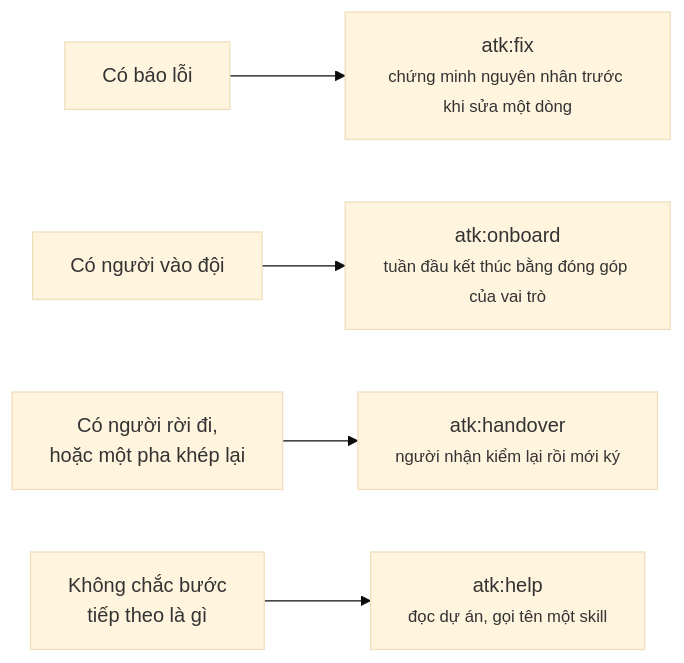
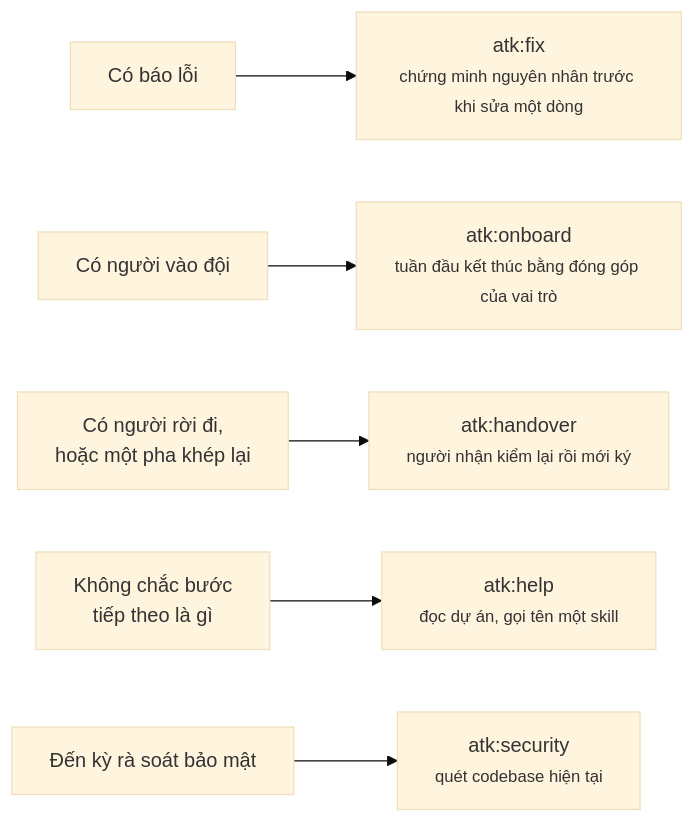
The third of 3 diagrams in docs/vi/flow/project-flow.md (lamngockhuong/aiteamkit), drawn with Mermaid (base theme) before and after one commit. The commit also changed other lines of this file and 24 other files, not shown here.

````diff
--- a/docs/vi/flow/project-flow.md
+++ b/docs/vi/flow/project-flow.md
@@ -176,7 +175,8 @@
 ```mermaid
 flowchart LR
     X1["Có báo lỗi"] --> X2["atk:fix<br/><small>chứng minh nguyên nhân trước khi sửa một dòng</small>"]
     X3["Có người vào đội"] --> X4["atk:onboard<br/><small>tuần đầu kết thúc bằng đóng góp của vai trò</small>"]
     X5["Có người rời đi,<br/>hoặc một pha khép lại"] --> X6["atk:handover<br/><small>người nhận kiểm lại rồi mới ký</small>"]
     X7["Không chắc bước<br/>tiếp theo là gì"] --> X8["atk:help<br/><small>đọc dự án, gọi tên một skill</small>"]
+    X9["Đến kỳ rà soát bảo mật"] --> X10["atk:security<br/><small>quét codebase hiện tại</small>"]
 ```
````
